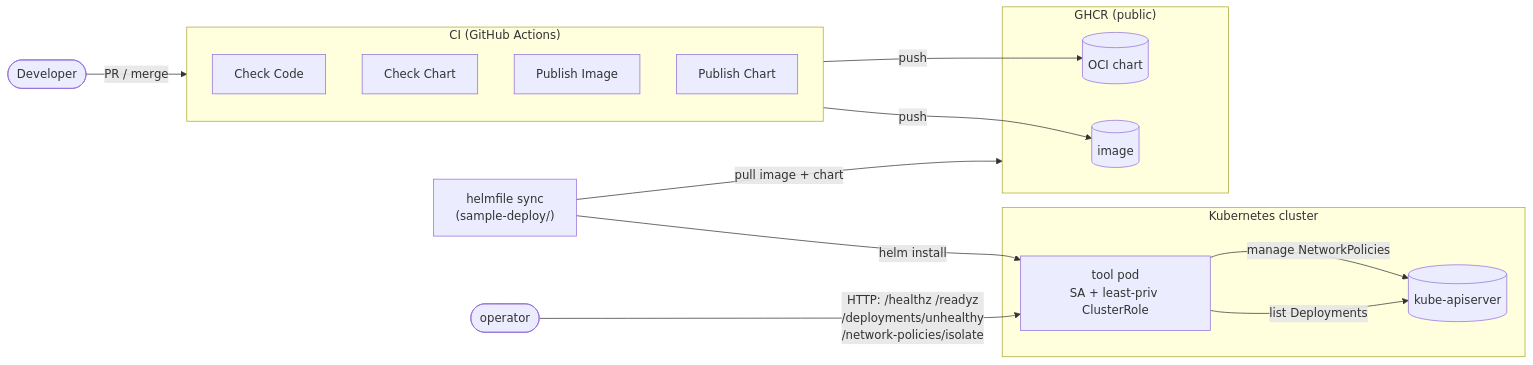
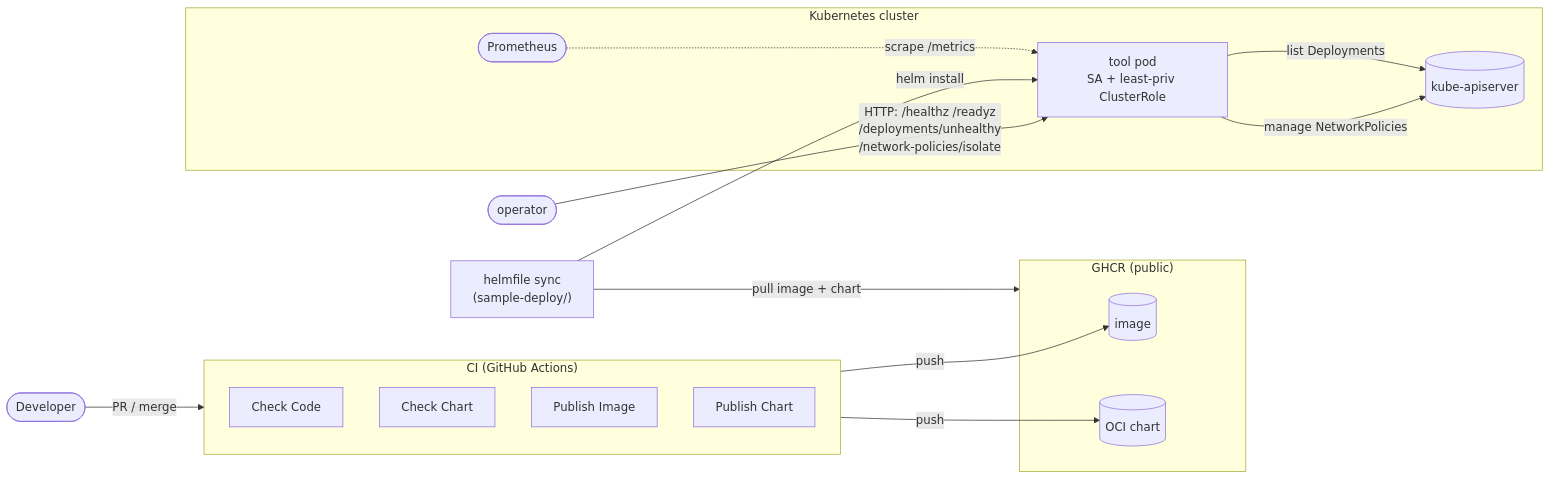
One commit to 75asu/tyk-sre-assignment changed the diagram in README.md. Above: the diagram before and after it, drawn with Mermaid. The commit also changed other lines of this file and 8 other files, not shown here.

````diff
--- a/README.md
+++ b/README.md
@@ -9,32 +9,34 @@
 ```mermaid
 flowchart LR
     dev([Developer]) -->|"PR / merge"| ci
 
     subgraph ci["CI (GitHub Actions)"]
         direction TB
         cc["Check Code"]
         ch["Check Chart"]
         pi["Publish Image"]
         pc["Publish Chart"]
     end
 
     subgraph ghcr["GHCR (public)"]
         img[("image")]
         chart[("OCI chart")]
     end
 
     pi -->|push| img
     pc -->|push| chart
 
     hf["helmfile sync<br>(sample-deploy/)"] -->|"pull image + chart"| ghcr
 
     subgraph cluster["Kubernetes cluster"]
         pod["tool pod<br>SA + least-priv ClusterRole"]
         api[("kube-apiserver")]
+        prom(["Prometheus"])
         pod -->|"list Deployments"| api
         pod -->|"manage NetworkPolicies"| api
+        prom -.->|"scrape /metrics"| pod
     end
 
     hf -->|"helm install"| pod
     op([operator]) -->|"HTTP: /healthz /readyz<br>/deployments/unhealthy<br>/network-policies/isolate"| pod
 ```
````
